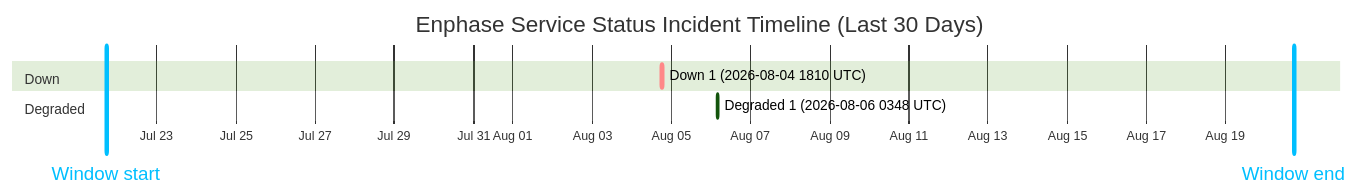
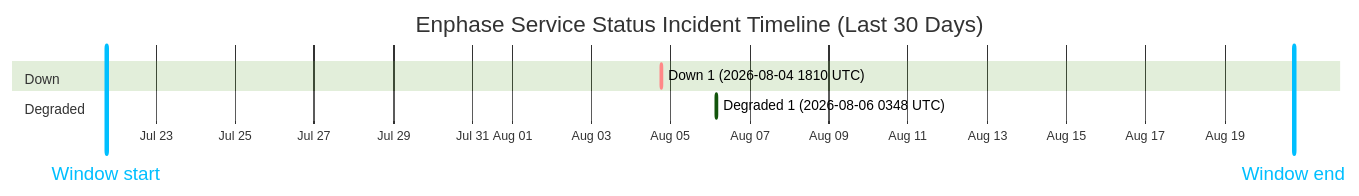
Before and after one commit to barneyonline/ha-enphase-energy: the diagram in wiki/Service-Status-History.md, drawn with Mermaid (forest theme). The commit also changed other lines of this file and 3 other files, not shown here.

````diff
--- a/wiki/Service-Status-History.md
+++ b/wiki/Service-Status-History.md
@@ -14,12 +14,12 @@
 ```mermaid
 gantt
     title Enphase Service Status Incident Timeline (Last 30 Days)
     dateFormat  YYYY-MM-DDTHH:mm:ss
     axisFormat  %b %d
-    Window start :vert, window-start, 2026-07-21T17:26:14, 0ms
-    Window end :vert, window-end, 2026-08-20T17:26:14, 0ms
+    Window start :vert, window-start, 2026-07-21T17:56:12, 0ms
+    Window end :vert, window-end, 2026-08-20T17:56:12, 0ms
     section Down
     Down 1 (2026-08-04 1810 UTC) :crit, down-1, 2026-08-04T18:10:46, 60m
     section Degraded
     Degraded 1 (2026-08-06 0348 UTC) :active, degraded-1, 2026-08-06T03:48:14, 60m
 ```
````
